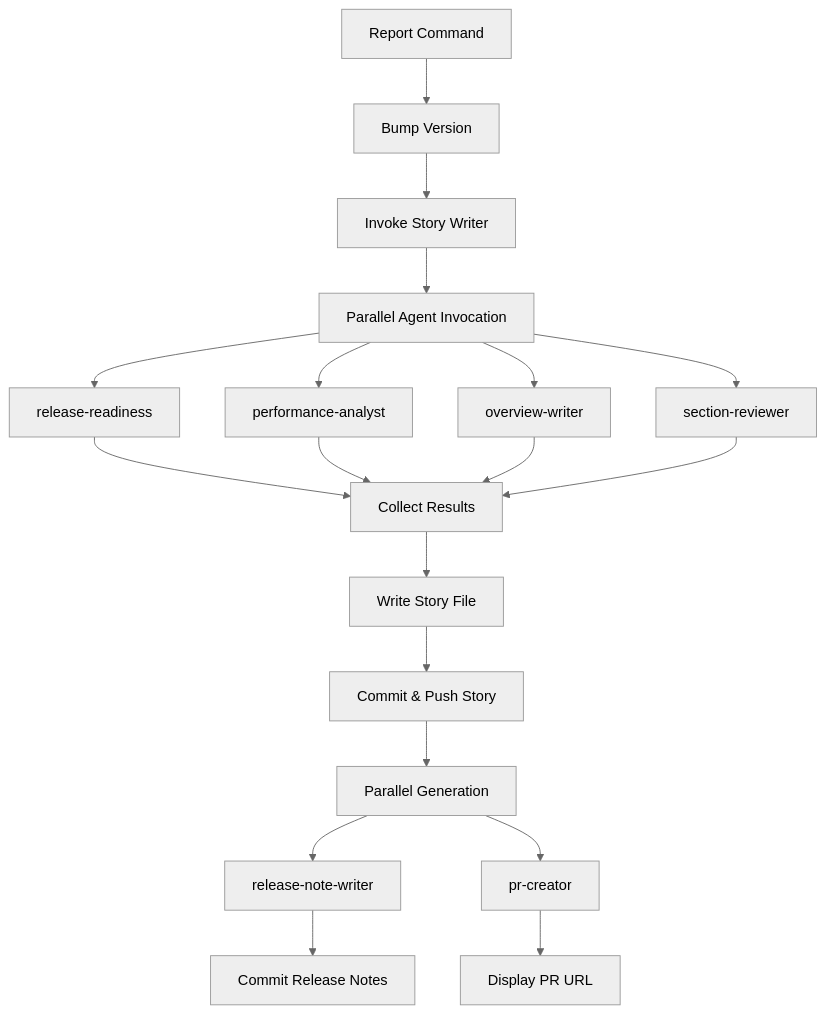
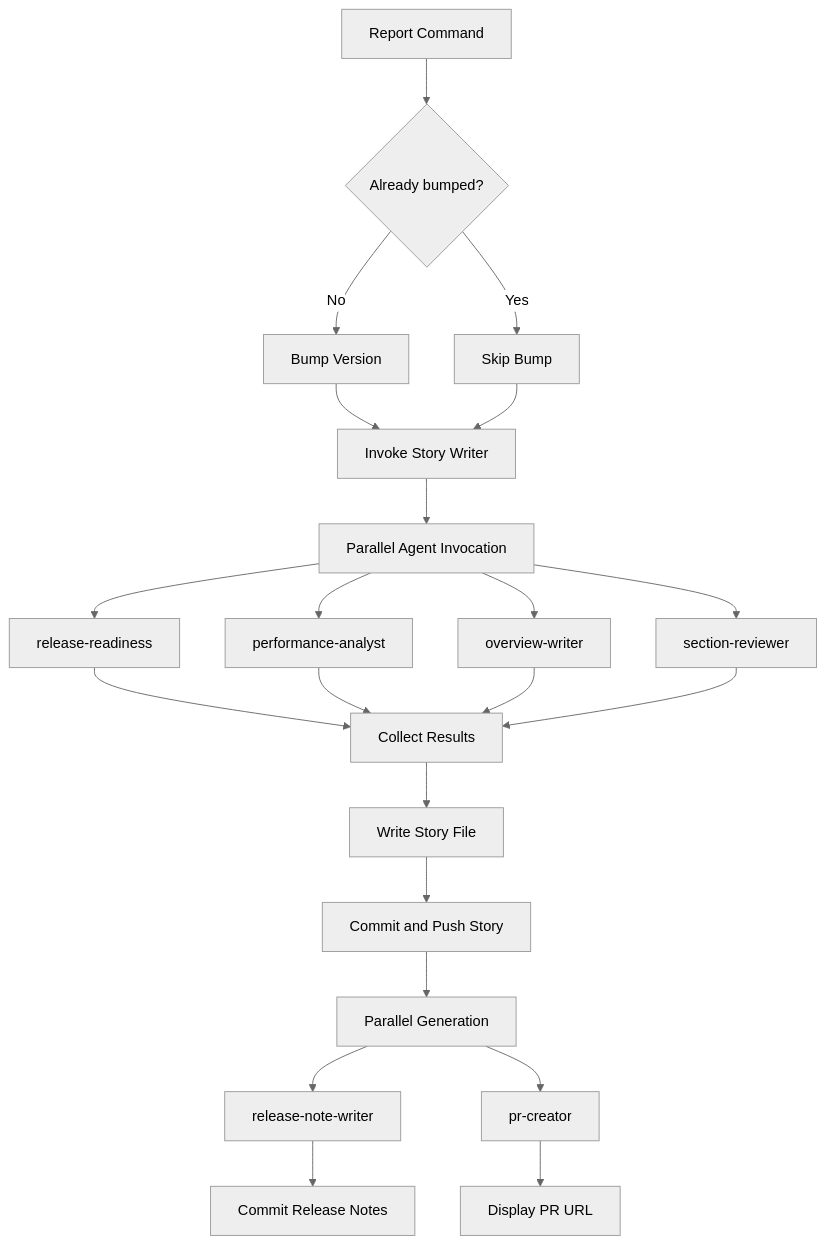
The fourth of 8 diagrams in .workaholic/specs/feature.md (qmu/workaholic), drawn with Mermaid (neutral theme) before and after one commit. The commit also changed other lines of this file and 57 other files, not shown here.

````diff
--- a/.workaholic/specs/feature.md
+++ b/.workaholic/specs/feature.md
@@ -195,21 +199,24 @@
 ```mermaid
 flowchart TD
-    A["Report Command"] --> B[Bump Version]
-    B --> C[Invoke Story Writer]
-    C --> D[Parallel Agent Invocation]
-    D --> E[release-readiness]
-    D --> F[performance-analyst]
-    D --> G[overview-writer]
-    D --> H[section-reviewer]
-    E --> I[Collect Results]
-    F --> I
-    G --> I
-    H --> I
-    I --> J[Write Story File]
-    J --> K[Commit & Push Story]
-    K --> L[Parallel Generation]
-    L --> M[release-note-writer]
-    L --> N[pr-creator]
-    M --> O[Commit Release Notes]
-    N --> P[Display PR URL]
+    A["Report Command"] --> B{Already bumped?}
+    B -->|No| C[Bump Version]
+    B -->|Yes| D[Skip Bump]
+    C --> E[Invoke Story Writer]
+    D --> E
+    E --> F[Parallel Agent Invocation]
+    F --> G[release-readiness]
+    F --> H[performance-analyst]
+    F --> I[overview-writer]
+    F --> J[section-reviewer]
+    G --> K[Collect Results]
+    H --> K
+    I --> K
+    J --> K
+    K --> L[Write Story File]
+    L --> M[Commit and Push Story]
+    M --> N[Parallel Generation]
+    N --> O[release-note-writer]
+    N --> P[pr-creator]
+    O --> Q[Commit Release Notes]
+    P --> R[Display PR URL]
 ```
````
